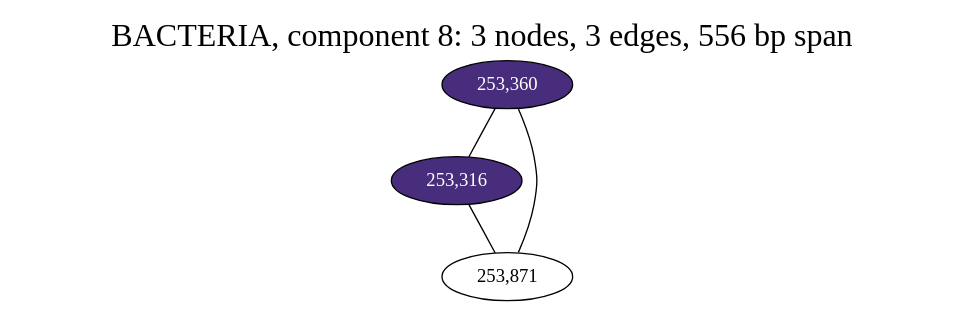
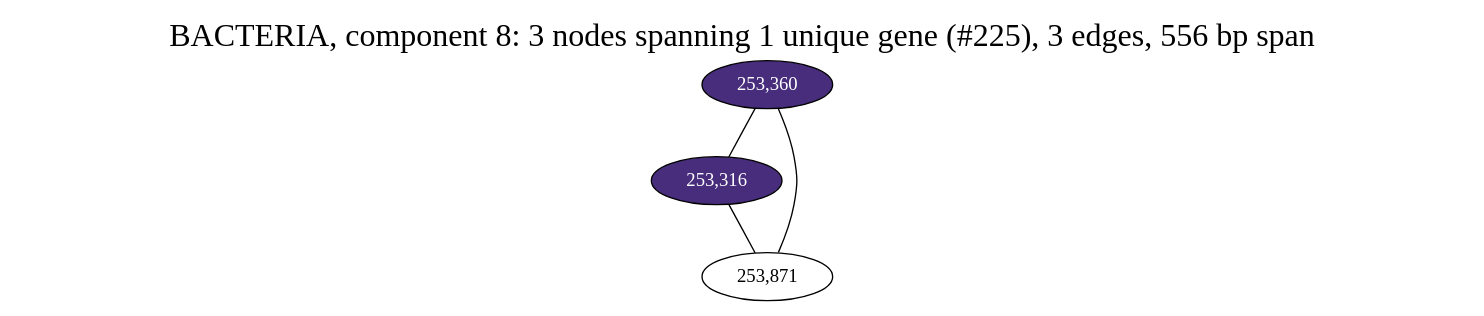
The diagram in notebooks/graphs/BACTERIA_cc8.gv (fedarko/sheepgut), drawn with Graphviz before and after one commit. The commit also changed 63 other files, not shown here.

Commit message:
gene info in graph labels!

```diff
--- a/notebooks/graphs/BACTERIA_cc8.gv
+++ b/notebooks/graphs/BACTERIA_cc8.gv
@@ -1,14 +1,14 @@
 graph BACTERIA_cc8 {
 	overlap="prism50";
 	outputorder="edgesfirst";
 	node [style="filled"];
-	label="BACTERIA, component 8: 3 nodes, 3 edges, 556 bp span";
+	label="BACTERIA, component 8: 3 nodes spanning 1 unique gene (#225), 3 edges, 556 bp span";
 	labelloc="t";
 	fontsize=24;
 	"253,316" [fillcolor="#472d7b", fontcolor="#ffffff"];
 	"253,360" [fillcolor="#472d7b", fontcolor="#ffffff"];
 	"253,871" [fillcolor="#ffffff", fontcolor="#000000"];
 	"253,360" -- "253,316";
 	"253,360" -- "253,871";
 	"253,316" -- "253,871";
 }
```
